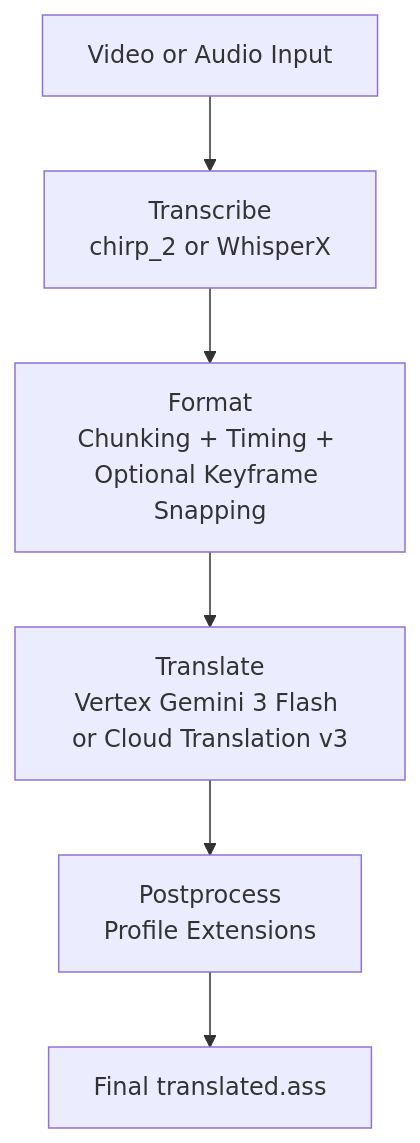
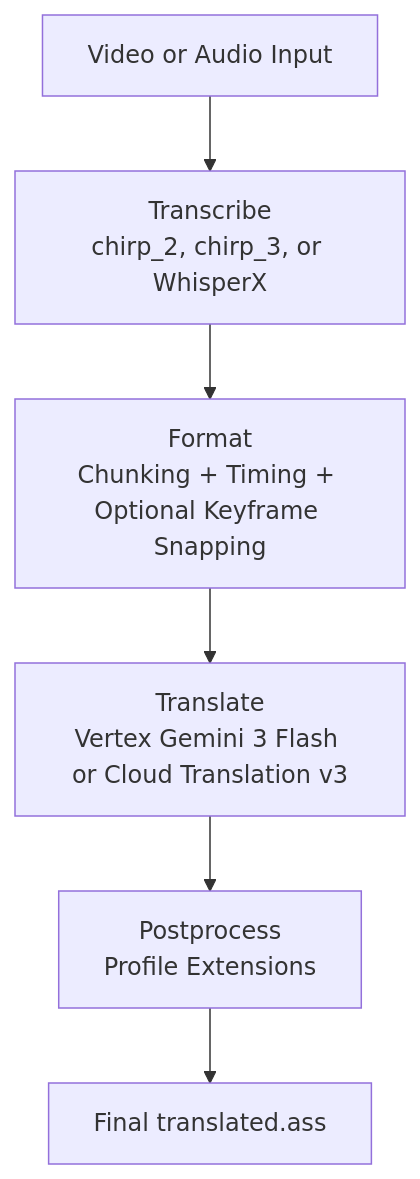
The diagram in README.md (ahuei123456/autosub), drawn with Mermaid before and after one commit. The commit also changed other lines of this file, not shown here.

Commit message:
document chirp_3 backend in README

````diff
--- a/README.md
+++ b/README.md
@@ -14,8 +14,8 @@
 ```mermaid
 graph TD
-    A[Video or Audio Input] --> B[Transcribe<br/>chirp_2 or WhisperX]
+    A[Video or Audio Input] --> B[Transcribe<br/>chirp_2, chirp_3, or WhisperX]
     B --> C[Format<br/>Chunking + Timing + Optional Keyframe Snapping]
     C --> D[Translate<br/>Vertex Gemini 3 Flash or Cloud Translation v3]
     D --> E[Postprocess<br/>Profile Extensions]
     E --> F[Final translated.ass]
 ```
````
